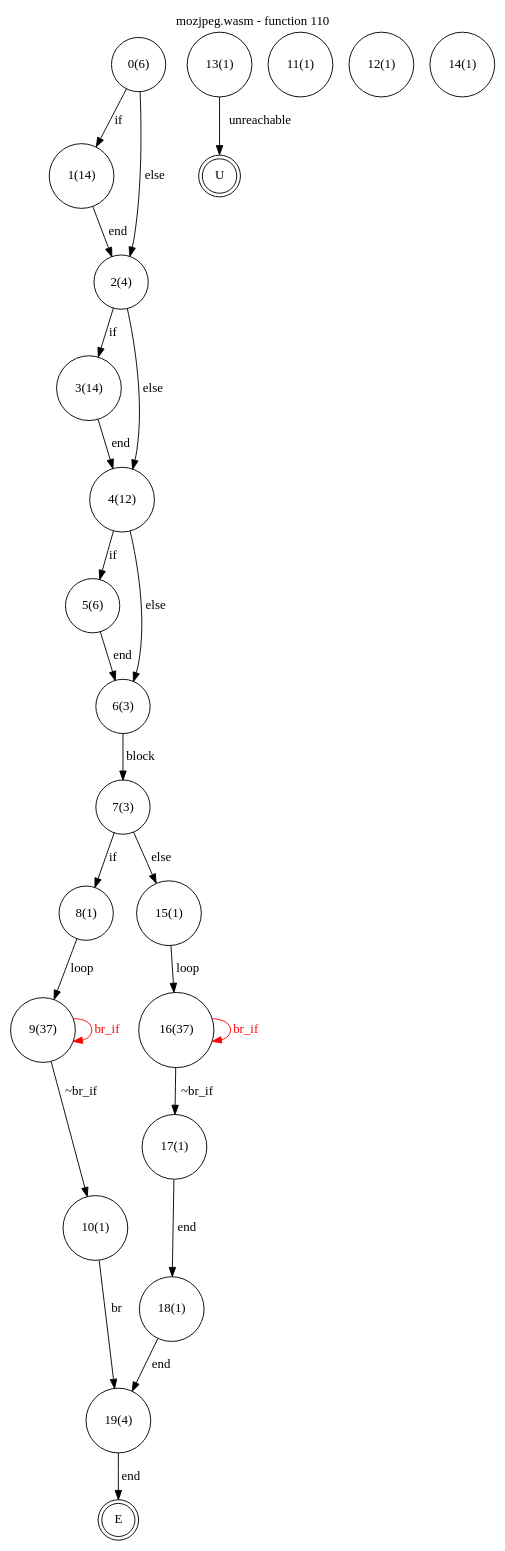
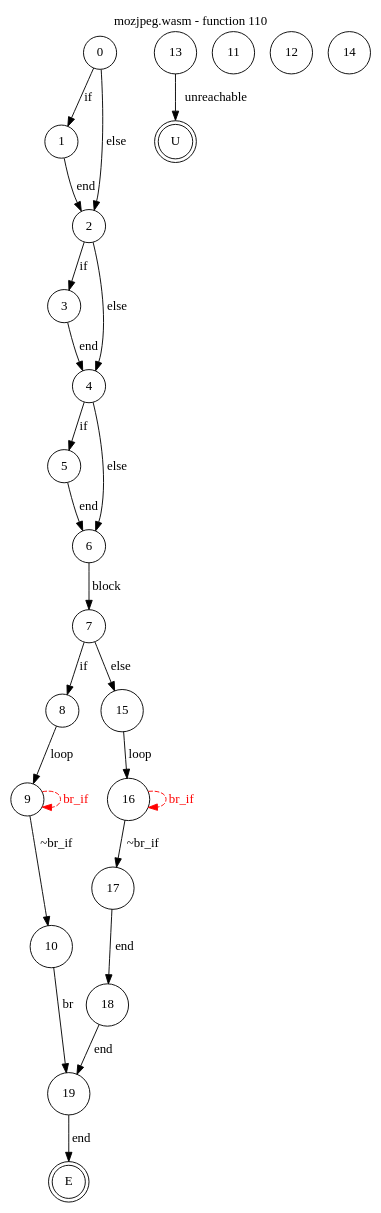
One commit to jsCarleton/wanalyze changed the diagram in test_cases/mozjpeg/funcs/mozjpeg-func110.dot. Above: the diagram before and after it, drawn with Graphviz. The commit also changed 531 other files, not shown here.

```diff
--- a/test_cases/mozjpeg/funcs/mozjpeg-func110.dot
+++ b/test_cases/mozjpeg/funcs/mozjpeg-func110.dot
@@ -1,53 +1,53 @@
 digraph finite_state_machine {
     label = "mozjpeg.wasm - function 110"
     labelloc =  t
     labelfontsize = 16
     labelfontcolor = black
     labelfontname = "Helvetica"
     node [shape = doublecircle]; E U ;
-node [shape=circle, fontcolor=black, style="", label="0(6)"]0
-node [shape=circle, fontcolor=black, style="", label="1(14)"]1
-node [shape=circle, fontcolor=black, style="", label="2(4)"]2
-node [shape=circle, fontcolor=black, style="", label="3(14)"]3
-node [shape=circle, fontcolor=black, style="", label="4(12)"]4
-node [shape=circle, fontcolor=black, style="", label="5(6)"]5
-node [shape=circle, fontcolor=black, style="", label="6(3)"]6
-node [shape=circle, fontcolor=black, style="", label="7(3)"]7
-node [shape=circle, fontcolor=black, style="", label="8(1)"]8
-node [shape=circle, fontcolor=black, style="", label="9(37)"]9
-node [shape=circle, fontcolor=black, style="", label="10(1)"]10
-node [shape=circle, fontcolor=black, style="", label="11(1)"]11
-node [shape=circle, fontcolor=black, style="", label="12(1)"]12
-node [shape=circle, fontcolor=black, style="", label="13(1)"]13
-node [shape=circle, fontcolor=black, style="", label="14(1)"]14
-node [shape=circle, fontcolor=black, style="", label="15(1)"]15
-node [shape=circle, fontcolor=black, style="", label="16(37)"]16
-node [shape=circle, fontcolor=black, style="", label="17(1)"]17
-node [shape=circle, fontcolor=black, style="", label="18(1)"]18
-node [shape=circle, fontcolor=black, style="", label="19(4)"]19
+node [shape=circle, fontcolor=black, style="", label="0"]0
+node [shape=circle, fontcolor=black, style="", label="1"]1
+node [shape=circle, fontcolor=black, style="", label="2"]2
+node [shape=circle, fontcolor=black, style="", label="3"]3
+node [shape=circle, fontcolor=black, style="", label="4"]4
+node [shape=circle, fontcolor=black, style="", label="5"]5
+node [shape=circle, fontcolor=black, style="", label="6"]6
+node [shape=circle, fontcolor=black, style="", label="7"]7
+node [shape=circle, fontcolor=black, style="", label="8"]8
+node [shape=circle, fontcolor=black, style="", label="9"]9
+node [shape=circle, fontcolor=black, style="", label="10"]10
+node [shape=circle, fontcolor=black, style="", label="11"]11
+node [shape=circle, fontcolor=black, style="", label="12"]12
+node [shape=circle, fontcolor=black, style="", label="13"]13
+node [shape=circle, fontcolor=black, style="", label="14"]14
+node [shape=circle, fontcolor=black, style="", label="15"]15
+node [shape=circle, fontcolor=black, style="", label="16"]16
+node [shape=circle, fontcolor=black, style="", label="17"]17
+node [shape=circle, fontcolor=black, style="", label="18"]18
+node [shape=circle, fontcolor=black, style="", label="19"]19
 node [shape=circle, fontcolor=black, style="", label="E"]E
 node [shape=circle, fontcolor=black, style="", label="U"]U
     0 -> 1[label="if"];
     0 -> 2[label="else"];
     1 -> 2[label="end"];
     2 -> 3[label="if"];
     2 -> 4[label="else"];
     3 -> 4[label="end"];
     4 -> 5[label="if"];
     4 -> 6[label="else"];
     5 -> 6[label="end"];
     6 -> 7[label="block"];
     7 -> 8[label="if"];
     7 -> 15[label="else"];
     8 -> 9[label="loop"];
     9 -> 10[label="~br_if"];
-    9 -> 9[color="red" fontcolor="red" label="br_if"];
+    9 -> 9[style="dashed" color="red" fontcolor="red" label="br_if"];
     10 -> 19[label="br"];
     13 -> U[label="unreachable"];
     15 -> 16[label="loop"];
     16 -> 17[label="~br_if"];
-    16 -> 16[color="red" fontcolor="red" label="br_if"];
+    16 -> 16[style="dashed" color="red" fontcolor="red" label="br_if"];
     17 -> 18[label="end"];
     18 -> 19[label="end"];
     19 -> E[label="end"];
 }
```
